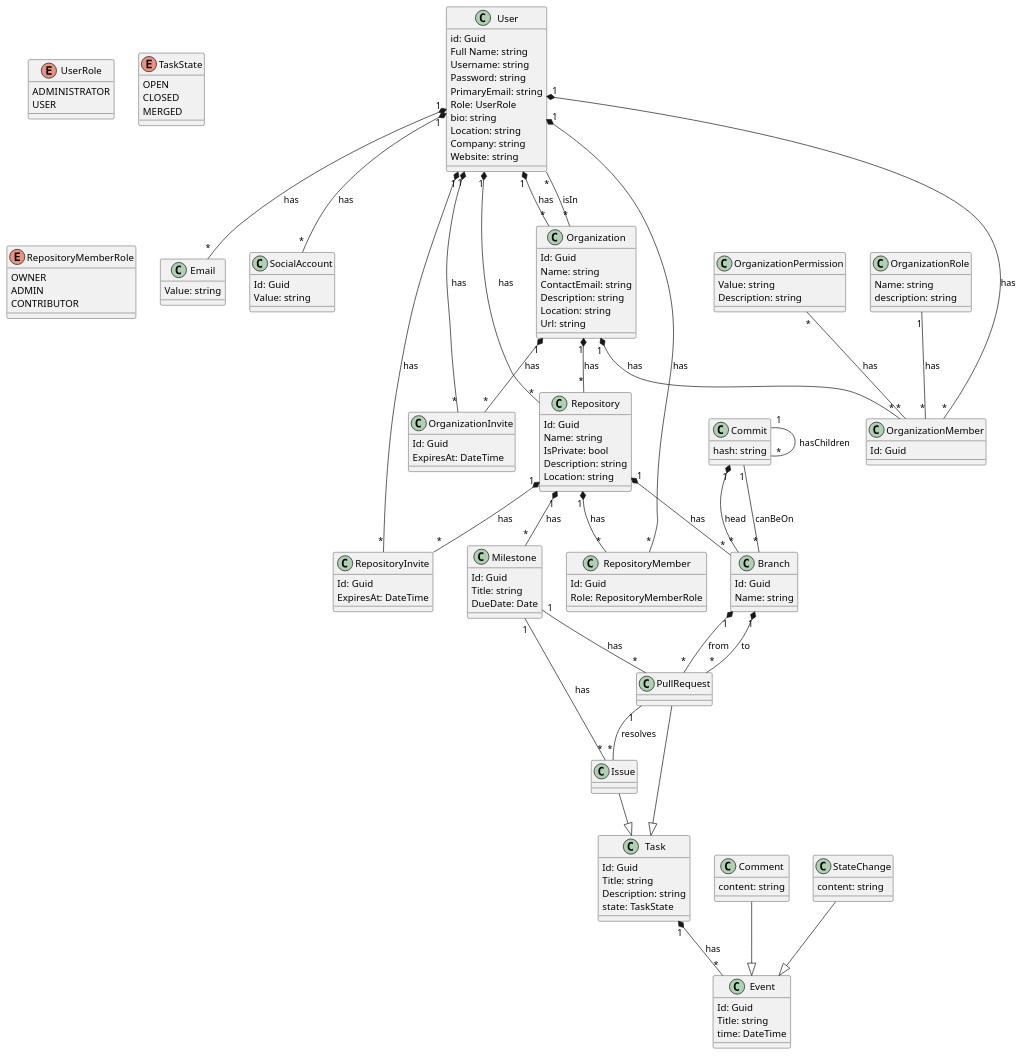
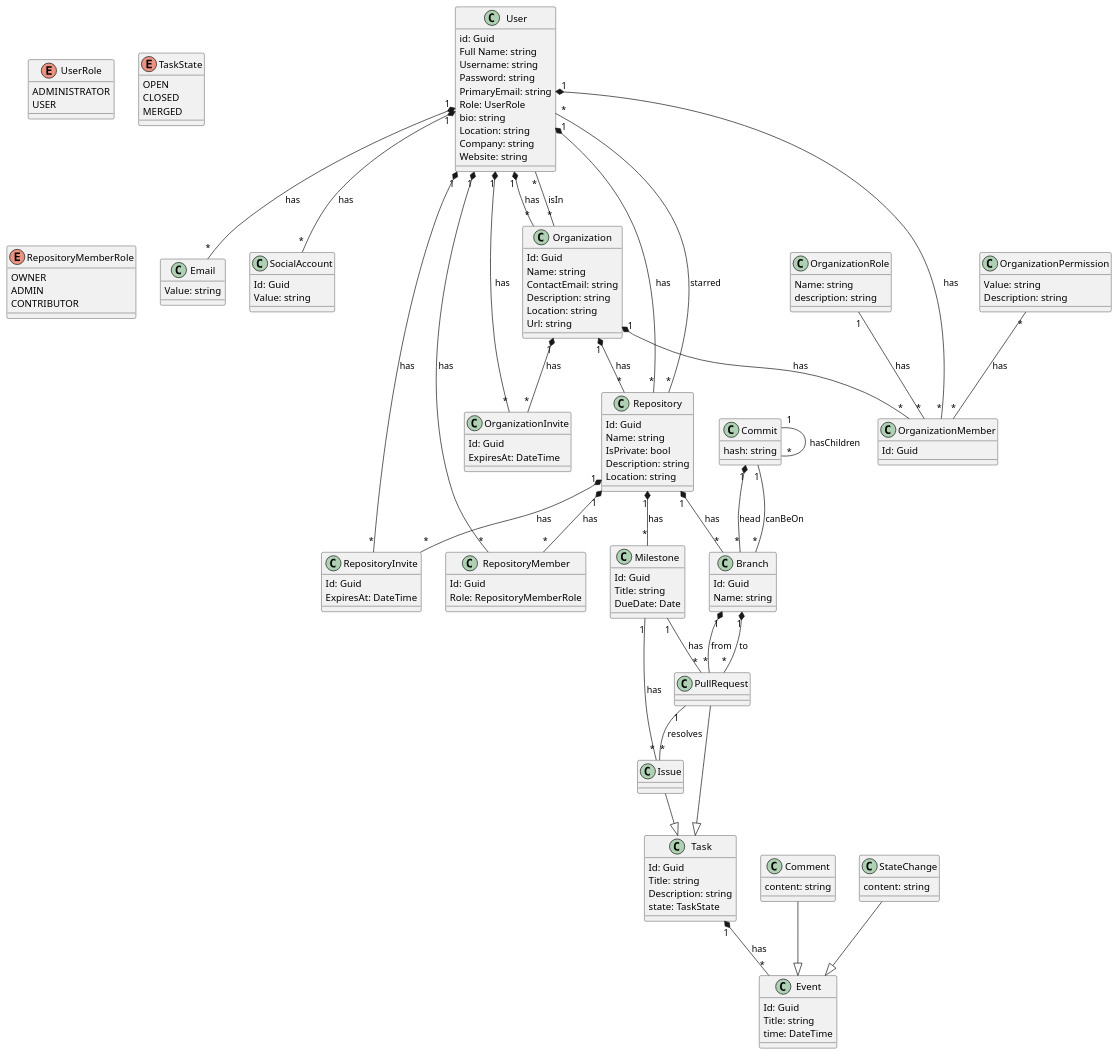
One commit to UKS-2023-2024/WEB-API changed the diagram in UKS-uml-diagram.puml. Above: the diagram before and after it, drawn with PlantUML.

Commit message:
added starred repository

```diff
--- a/UKS-uml-diagram.puml
+++ b/UKS-uml-diagram.puml
@@ -1,179 +1,180 @@
 @startuml
 class User {
   id: Guid
   Full Name: string
   Username: string
   Password: string
   PrimaryEmail: string
   Role: UserRole
   bio: string
   Location: string
   Company: string
   Website: string
 }
 
 class Email {
   Value: string
 }
 
 class SocialAccount {
   Id: Guid
   Value: string
 }
 
 class Organization {
   Id: Guid
   Name: string
   ContactEmail: string
   Description: string
   Location: string
   Url: string
 }
 
 class OrganizationInvite {
   Id: Guid
   ExpiresAt: DateTime
 }
 
 class Repository {
   Id: Guid
   Name: string
   IsPrivate: bool
   Description: string
   Location: string
 }
 
 class RepositoryInvite {
   Id: Guid
   ExpiresAt: DateTime
 }
 
 
 class Task {
   Id: Guid
   Title: string
   Description: string
   state: TaskState 
 }
 
 class PullRequest {
 }
 
 class Issue {
 }
 
 class Event {
   Id: Guid
   Title: string
   time: DateTime
 }
 
 class Comment {
   content: string
 }
 
 class StateChange {
   content: string
 }
 
 class Milestone {
   Id: Guid
   Title: string
   DueDate: Date
 }
 
 class RepositoryMember {
   Id: Guid
   Role: RepositoryMemberRole
 }
 
 class OrganizationMember {
   Id: Guid
 }
 
 class OrganizationPermission{
   Value: string
   Description: string
 }
 
 class OrganizationRole {
   Name: string
   description: string
 }
 
 class Branch {
   Id: Guid
   Name: string
 }
 
 class Commit {
   hash: string
 }
 
 
 User "1" *-- "*" Email : has
 User "1" *-- "*" Organization: has
 User "*" -- "*" Organization: isIn
 User "1" *-- "*" Repository: has
+User "*" -- "*" Repository: starred
 
 Organization "1" *-- "*" Repository: has
 
 Repository "1" *-- "*" Milestone: has
 Repository "1" *-- "*" Branch: has
 
 Branch "1" *-- "*" PullRequest: from
 Branch "1" *-- "*" PullRequest: to
 Commit "1" *-- "*" Branch : head
 
 PullRequest "1" -- "*" Issue: resolves
 
 Milestone "1" -- "*" Issue: has
 Milestone "1" -- "*" PullRequest: has
 
 Commit "1" -- "*" Branch: canBeOn
 Commit "1" -- "*" Commit : hasChildren
 
 Issue --|> Task
 PullRequest --|> Task
 
 Task "1" *-- "*" Event : has
 
 Organization "1" *-- "*" OrganizationMember: has
 User "1" *-- "*" OrganizationMember: has
 
 OrganizationRole "1" -- "*" OrganizationMember: has
 
 OrganizationPermission "*" -- "*" OrganizationMember: has
 
 Repository "1" *-- "*" RepositoryMember: has
 User "1" *-- "*" RepositoryMember: has
 
 Repository "1" *-- "*" RepositoryInvite: has
 User "1" *-- "*" RepositoryInvite: has
 
 Organization "1" *-- "*" OrganizationInvite: has
 User "1" *-- "*" OrganizationInvite: has
 
 User "1" *-- "*" SocialAccount: has
 
 StateChange --|> Event
 Comment--|> Event
 
 enum UserRole {
   ADMINISTRATOR
   USER
 }
 
 enum TaskState {
   OPEN
   CLOSED
   MERGED
 }
 
 
 enum RepositoryMemberRole {
   OWNER
   ADMIN
   CONTRIBUTOR
 }
 @enduml
```
